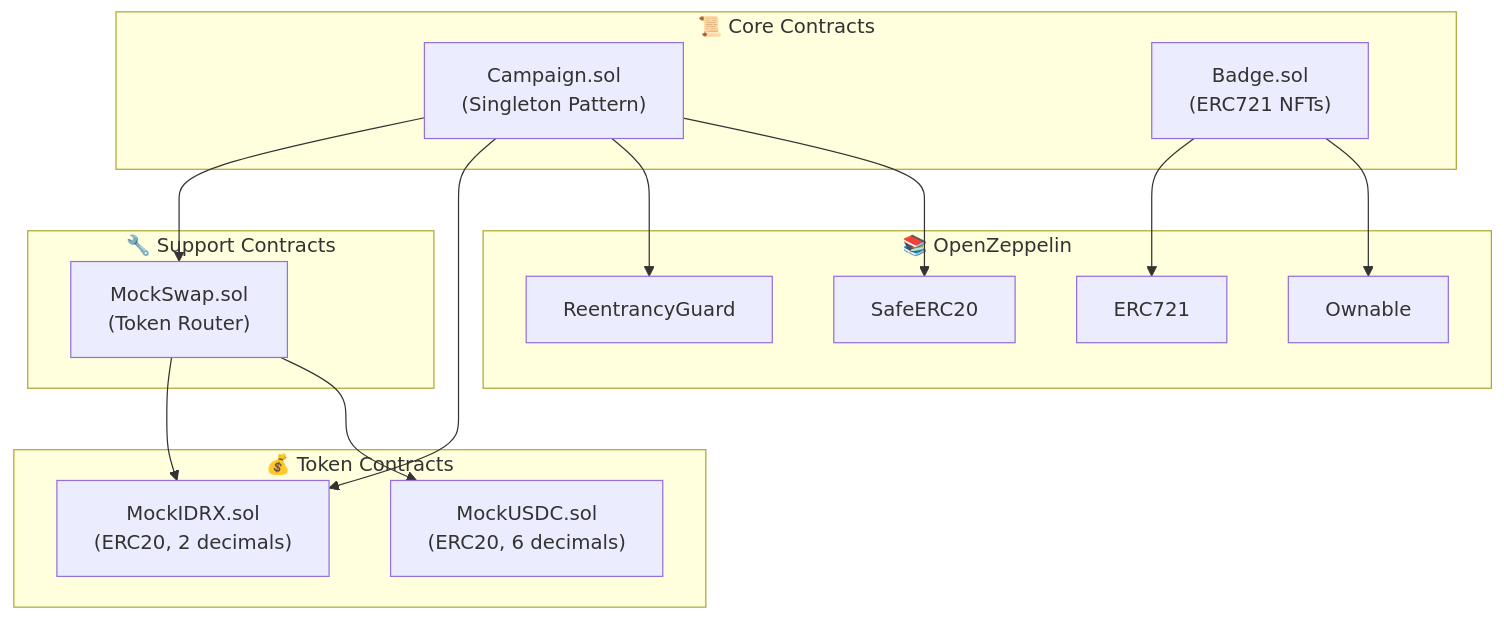
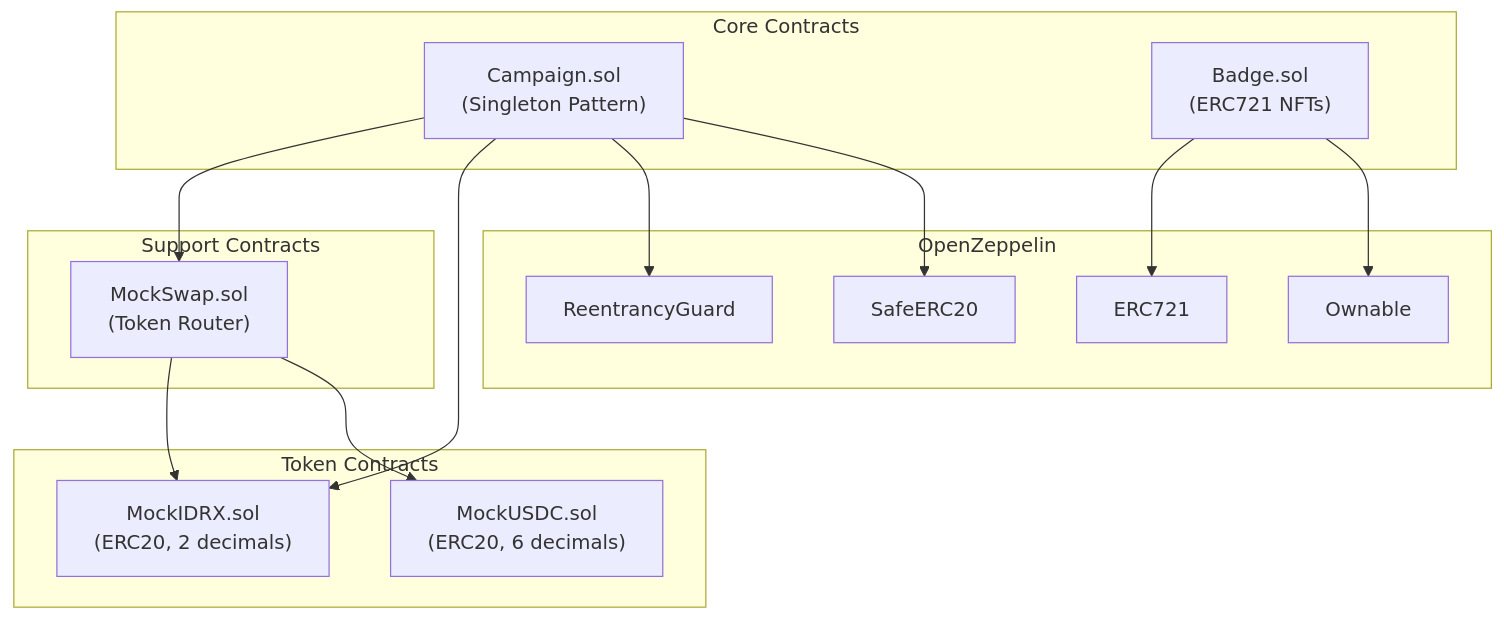
Before and after one commit to CrowdFUNding-Base/SC: the first of 5 diagrams in pitching/Architecture/1. Smart Contract Architecture.md, drawn with Mermaid. The commit also changed other lines of this file and 12 other files, not shown here.

````diff
--- a/pitching/Architecture/1. Smart Contract Architecture.md
+++ b/pitching/Architecture/1. Smart Contract Architecture.md
@@ -9,32 +9,32 @@
 ```mermaid
 flowchart TB
-    subgraph Core["📜 Core Contracts"]
+    subgraph Core["Core Contracts"]
         Campaign["Campaign.sol\n(Singleton Pattern)"]
         Badge["Badge.sol\n(ERC721 NFTs)"]
     end
 
-    subgraph Support["🔧 Support Contracts"]
+    subgraph Support["Support Contracts"]
         MockSwap["MockSwap.sol\n(Token Router)"]
     end
 
-    subgraph Tokens["💰 Token Contracts"]
+    subgraph Tokens["Token Contracts"]
         IDRX["MockIDRX.sol\n(ERC20, 2 decimals)"]
         USDC["MockUSDC.sol\n(ERC20, 6 decimals)"]
     end
 
-    subgraph Libraries["📚 OpenZeppelin"]
+    subgraph Libraries["OpenZeppelin"]
         ReentrancyGuard["ReentrancyGuard"]
         SafeERC20["SafeERC20"]
         ERC721["ERC721"]
         Ownable["Ownable"]
     end
 
     Campaign --> MockSwap
     Campaign --> IDRX
     Campaign --> ReentrancyGuard
     Campaign --> SafeERC20
     MockSwap --> IDRX
     MockSwap --> USDC
     Badge --> ERC721
     Badge --> Ownable
 ```
````
